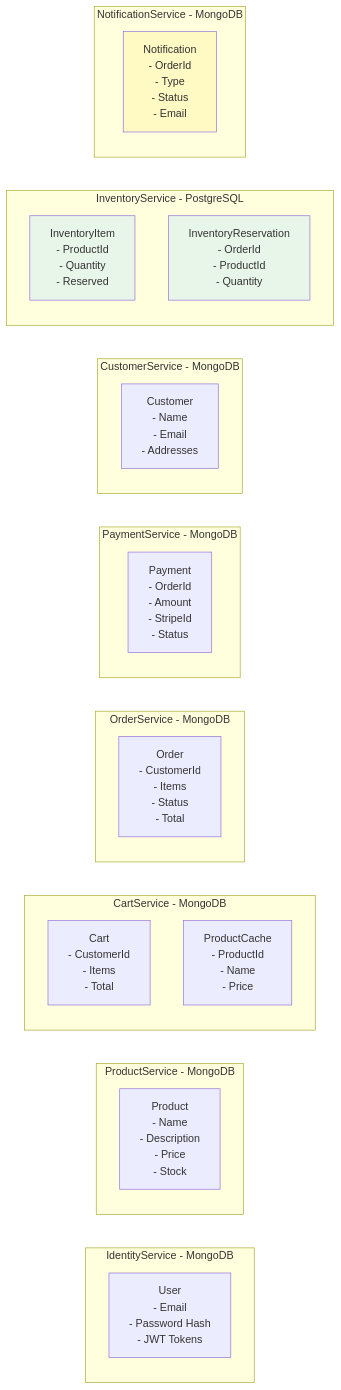
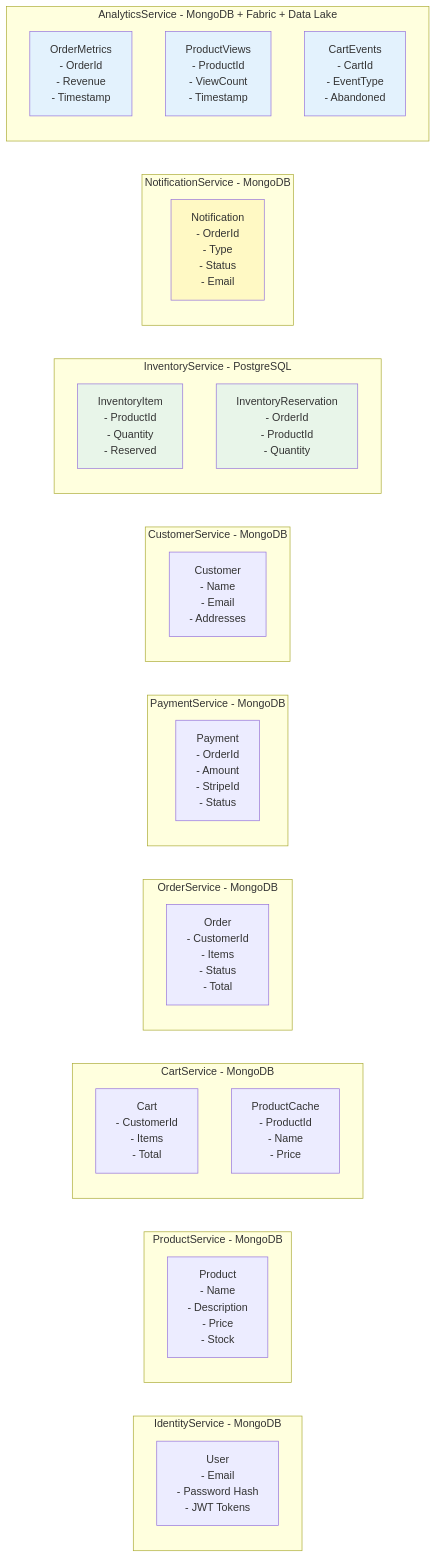
Before and after one commit to joriente/microservices: the ninth of 19 diagrams in docs/Architecture/Architecture-Diagrams.md, drawn with Mermaid. The commit also changed other lines of this file and 4 other files, not shown here.

````diff
--- a/docs/Architecture/Architecture-Diagrams.md
+++ b/docs/Architecture/Architecture-Diagrams.md
@@ -463,40 +480,49 @@
 ```mermaid
 flowchart LR
     subgraph "IdentityService - MongoDB"
         I1[User<br/>- Email<br/>- Password Hash<br/>- JWT Tokens]
     end
     
     subgraph "ProductService - MongoDB"
         P1[Product<br/>- Name<br/>- Description<br/>- Price<br/>- Stock]
     end
     
     subgraph "CartService - MongoDB"
         C1[Cart<br/>- CustomerId<br/>- Items<br/>- Total]
         C2[ProductCache<br/>- ProductId<br/>- Name<br/>- Price]
     end
     
     subgraph "OrderService - MongoDB"
         O1[Order<br/>- CustomerId<br/>- Items<br/>- Status<br/>- Total]
     end
     
     subgraph "PaymentService - MongoDB"
         PA1[Payment<br/>- OrderId<br/>- Amount<br/>- StripeId<br/>- Status]
     end
     
     subgraph "CustomerService - MongoDB"
         CU1[Customer<br/>- Name<br/>- Email<br/>- Addresses]
     end
     
     subgraph "InventoryService - PostgreSQL"
         IN1[InventoryItem<br/>- ProductId<br/>- Quantity<br/>- Reserved]
         IN2[InventoryReservation<br/>- OrderId<br/>- ProductId<br/>- Quantity]
     end
     
     subgraph "NotificationService - MongoDB"
         N1[Notification<br/>- OrderId<br/>- Type<br/>- Status<br/>- Email]
     end
     
+    subgraph "AnalyticsService - MongoDB + Fabric + Data Lake"
+        A1[OrderMetrics<br/>- OrderId<br/>- Revenue<br/>- Timestamp]
+        A2[ProductViews<br/>- ProductId<br/>- ViewCount<br/>- Timestamp]
+        A3[CartEvents<br/>- CartId<br/>- EventType<br/>- Abandoned]
+    end
+    
     style IN1 fill:#e8f5e9
     style IN2 fill:#e8f5e9
     style N1 fill:#fff9c4
+    style A1 fill:#e3f2fd
+    style A2 fill:#e3f2fd
+    style A3 fill:#e3f2fd
 ```
````
